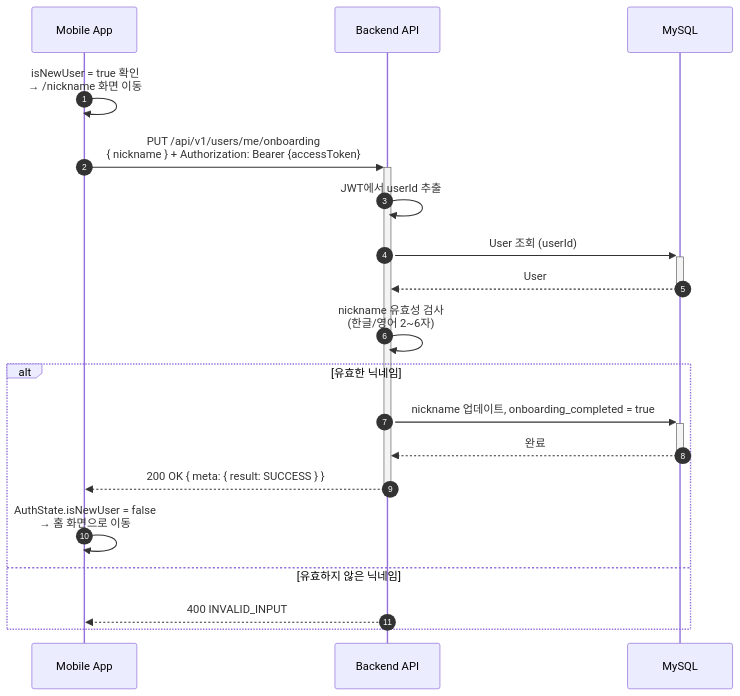
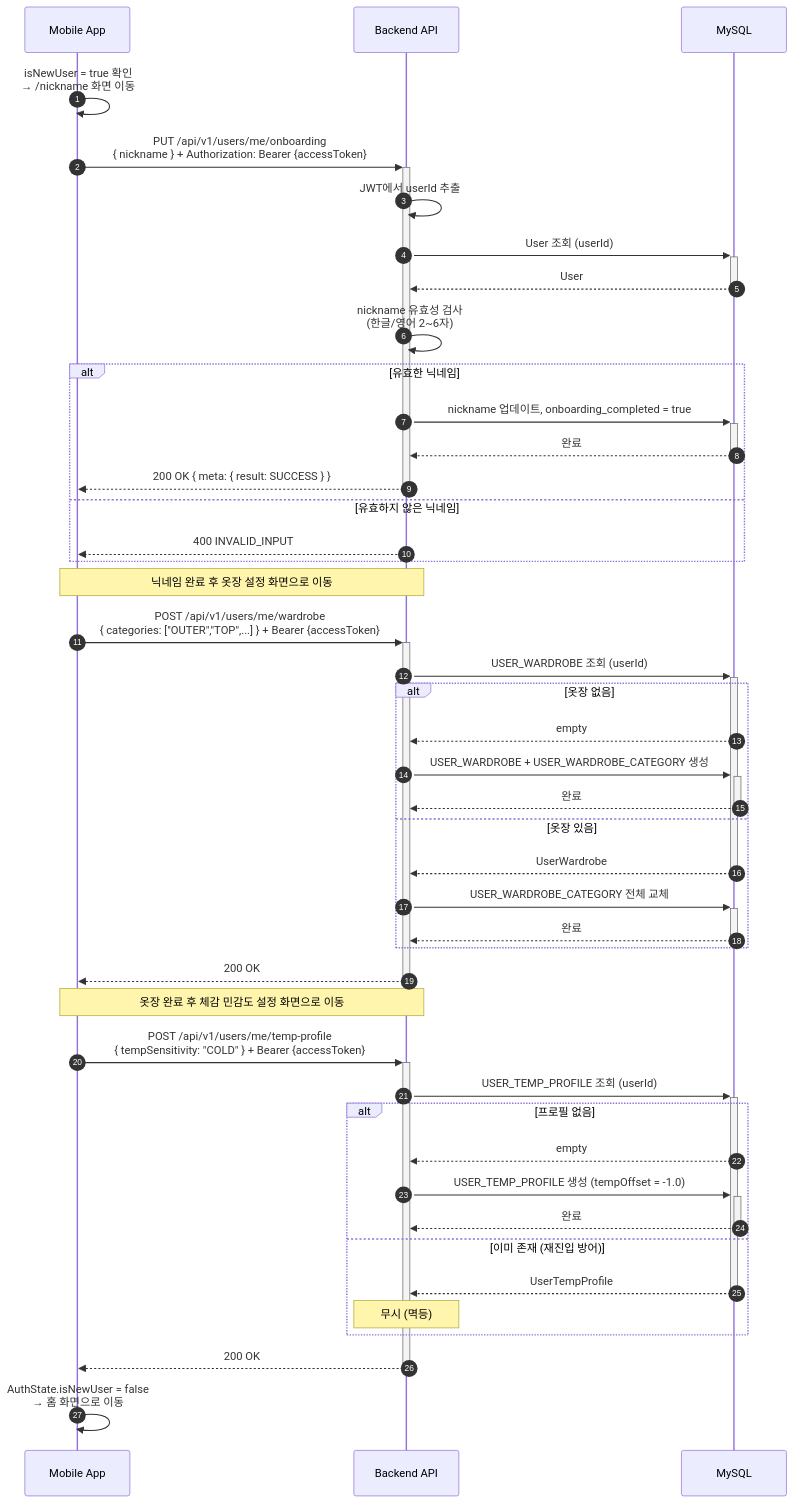
Before and after one commit to najang/OMO: the third of 5 diagrams in docs/05-sequence-diagrams.md, drawn with Mermaid. The commit also changed other lines of this file and 2 other files, not shown here.

Commit message:
OMO-62 docs: ERD · 시퀀스 다이어그램 · API 명세 업데이트

````diff
--- a/docs/05-sequence-diagrams.md
+++ b/docs/05-sequence-diagrams.md
@@ -75,24 +75,54 @@
 ```mermaid
 sequenceDiagram
     autonumber
     participant APP as Mobile App
     participant API as Backend API
     participant DB as MySQL
 
     APP->>APP: isNewUser = true 확인<br/>→ /nickname 화면 이동
 
     APP->>+API: PUT /api/v1/users/me/onboarding<br/>{ nickname } + Authorization: Bearer {accessToken}
     API->>API: JWT에서 userId 추출
     API->>+DB: User 조회 (userId)
     DB-->>-API: User
     API->>API: nickname 유효성 검사<br/>(한글/영어 2~6자)
 
     alt 유효한 닉네임
         API->>+DB: nickname 업데이트, onboarding_completed = true
         DB-->>-API: 완료
         API-->>-APP: 200 OK { meta: { result: SUCCESS } }
-        APP->>APP: AuthState.isNewUser = false<br/>→ 홈 화면으로 이동
     else 유효하지 않은 닉네임
         API-->>APP: 400 INVALID_INPUT
     end
+
+    Note over APP,API: 닉네임 완료 후 옷장 설정 화면으로 이동
+
+    APP->>+API: POST /api/v1/users/me/wardrobe<br/>{ categories: ["OUTER","TOP",...] } + Bearer {accessToken}
+    API->>+DB: USER_WARDROBE 조회 (userId)
+    alt 옷장 없음
+        DB-->>API: empty
+        API->>+DB: USER_WARDROBE + USER_WARDROBE_CATEGORY 생성
+        DB-->>-API: 완료
+    else 옷장 있음
+        DB-->>-API: UserWardrobe
+        API->>+DB: USER_WARDROBE_CATEGORY 전체 교체
+        DB-->>-API: 완료
+    end
+    API-->>-APP: 200 OK
+
+    Note over APP,API: 옷장 완료 후 체감 민감도 설정 화면으로 이동
+
+    APP->>+API: POST /api/v1/users/me/temp-profile<br/>{ tempSensitivity: "COLD" } + Bearer {accessToken}
+    API->>+DB: USER_TEMP_PROFILE 조회 (userId)
+    alt 프로필 없음
+        DB-->>API: empty
+        API->>+DB: USER_TEMP_PROFILE 생성 (tempOffset = -1.0)
+        DB-->>-API: 완료
+    else 이미 존재 (재진입 방어)
+        DB-->>-API: UserTempProfile
+        Note over API: 무시 (멱등)
+    end
+    API-->>-APP: 200 OK
+
+    APP->>APP: AuthState.isNewUser = false<br/>→ 홈 화면으로 이동
 ```
````
